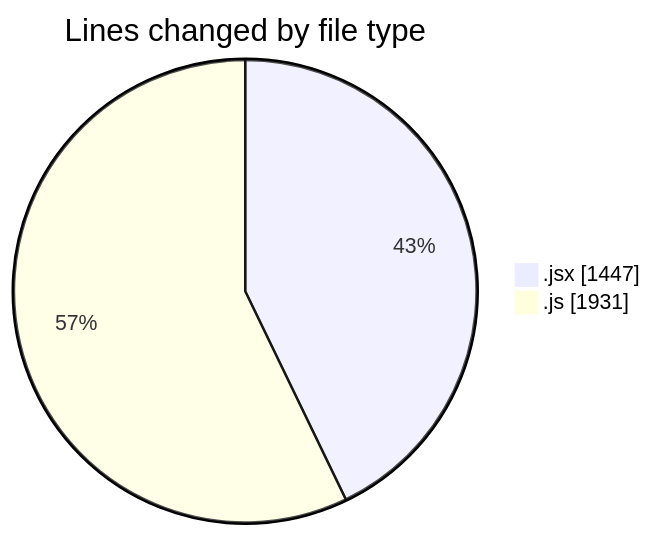
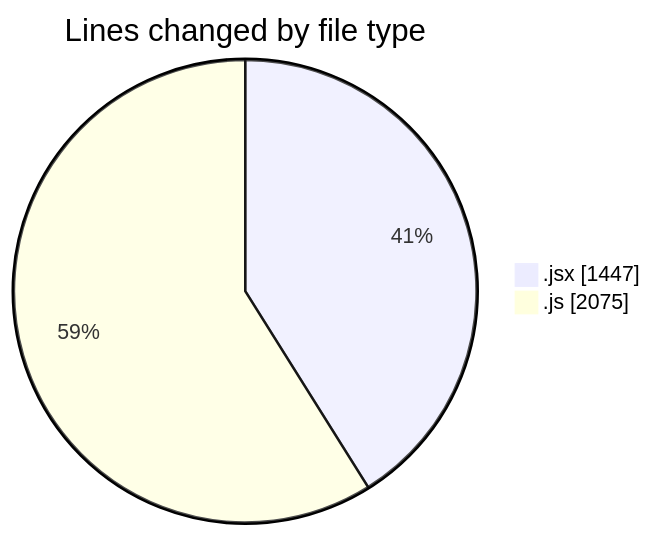
One commit to nxtqubesakshisongat/code-tracking changed the first of 2 diagrams in 2025-09-15/nxtqube_webapp/README.md. Above: the diagram before and after it, drawn with Mermaid. The commit also changed other lines of this file and 1 other file, not shown here.

````diff
--- a/2025-09-15/nxtqube_webapp/README.md
+++ b/2025-09-15/nxtqube_webapp/README.md
@@ -22,6 +22,6 @@
 ```mermaid
 pie showData
 title Lines changed by file type
 ".jsx" : 1447
-".js" : 1931
+".js" : 2075
 ```
````
